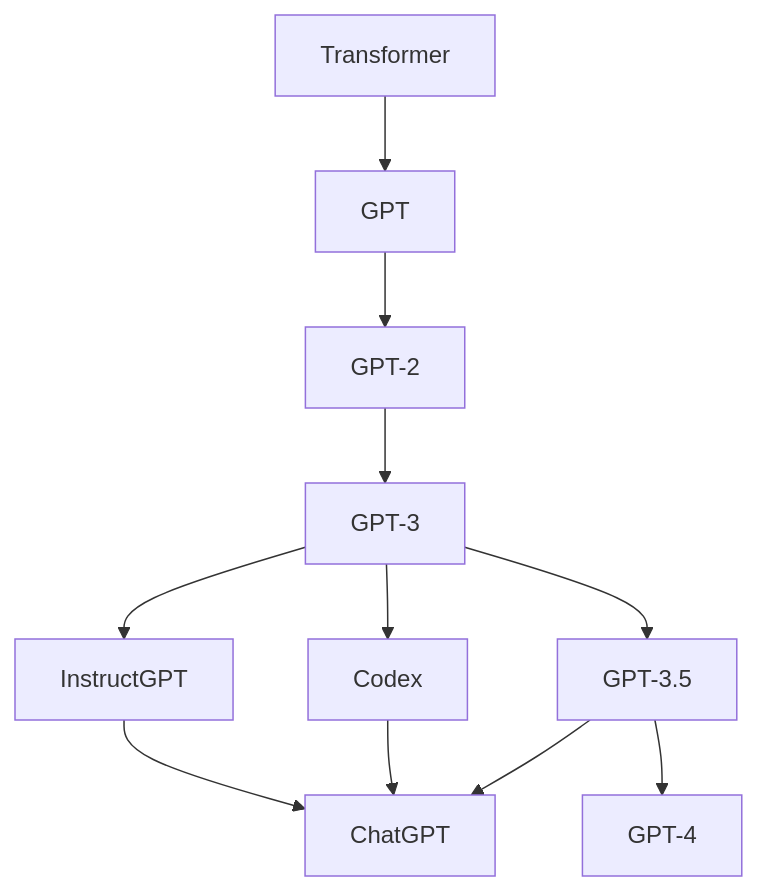
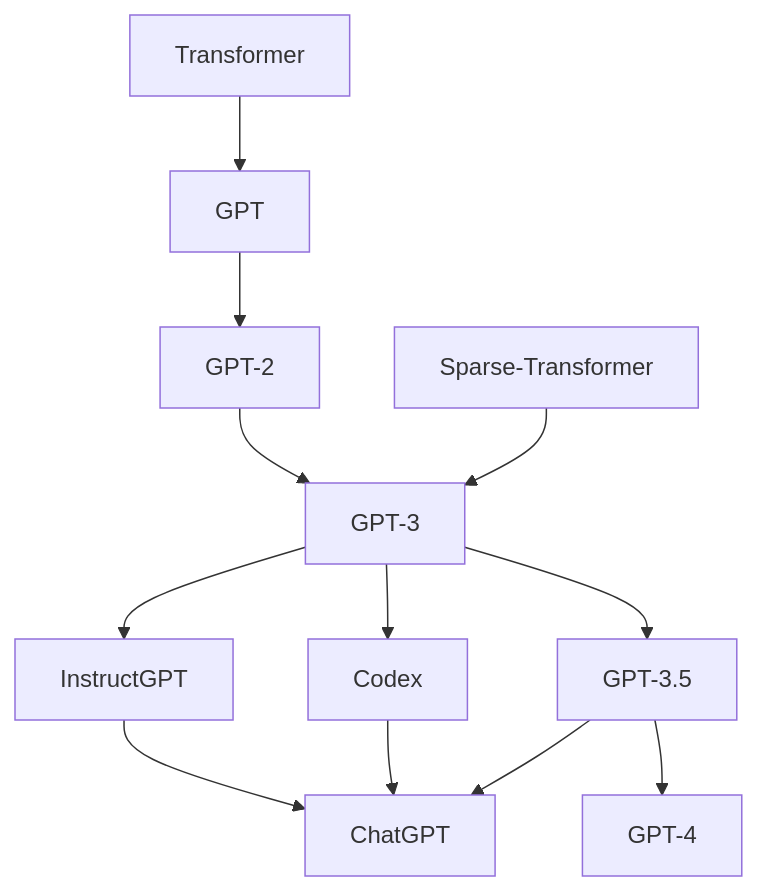
One commit to ted-sharp/chatvox changed the fifth of 21 diagrams in doc/llm.md. Above: the diagram before and after it, drawn with Mermaid. The commit also changed other lines of this file, not shown here.

````diff
--- a/doc/llm.md
+++ b/doc/llm.md
@@ -194,9 +202,9 @@
 ```mermaid
 flowchart
 
 Transformer --> GPT --> GPT-2 --> GPT-3
-GPT-3 --> InstructGPT --> ChatGPT
+Sparse-Transformer --> GPT-3 --> InstructGPT --> ChatGPT
 GPT-3 --> Codex --> ChatGPT
 GPT-3 --> GPT-3.5 --> ChatGPT
 GPT-3.5 --> GPT-4
 ```
````
